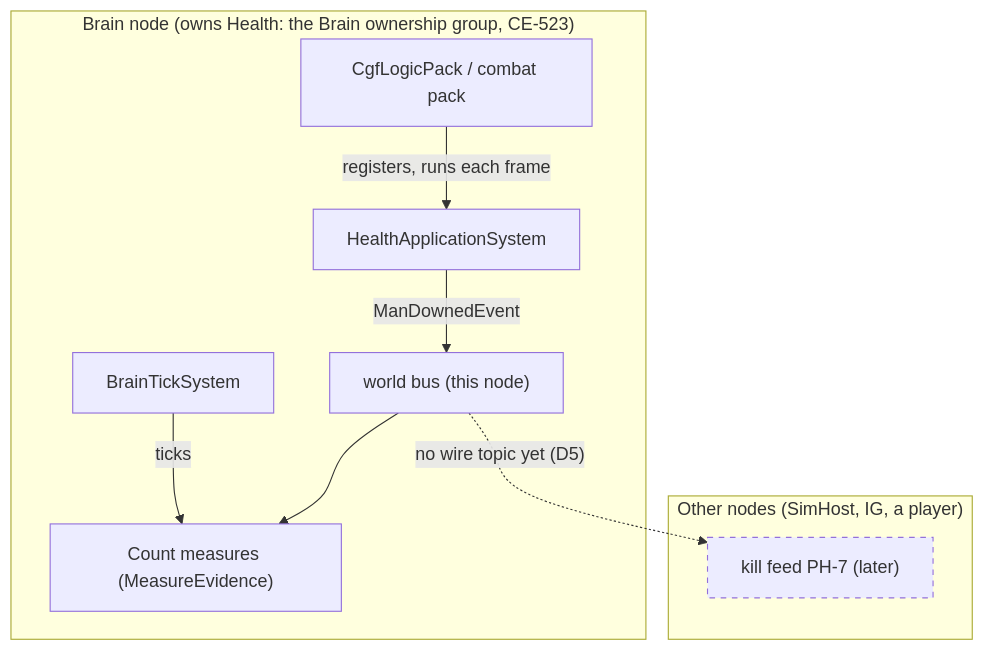
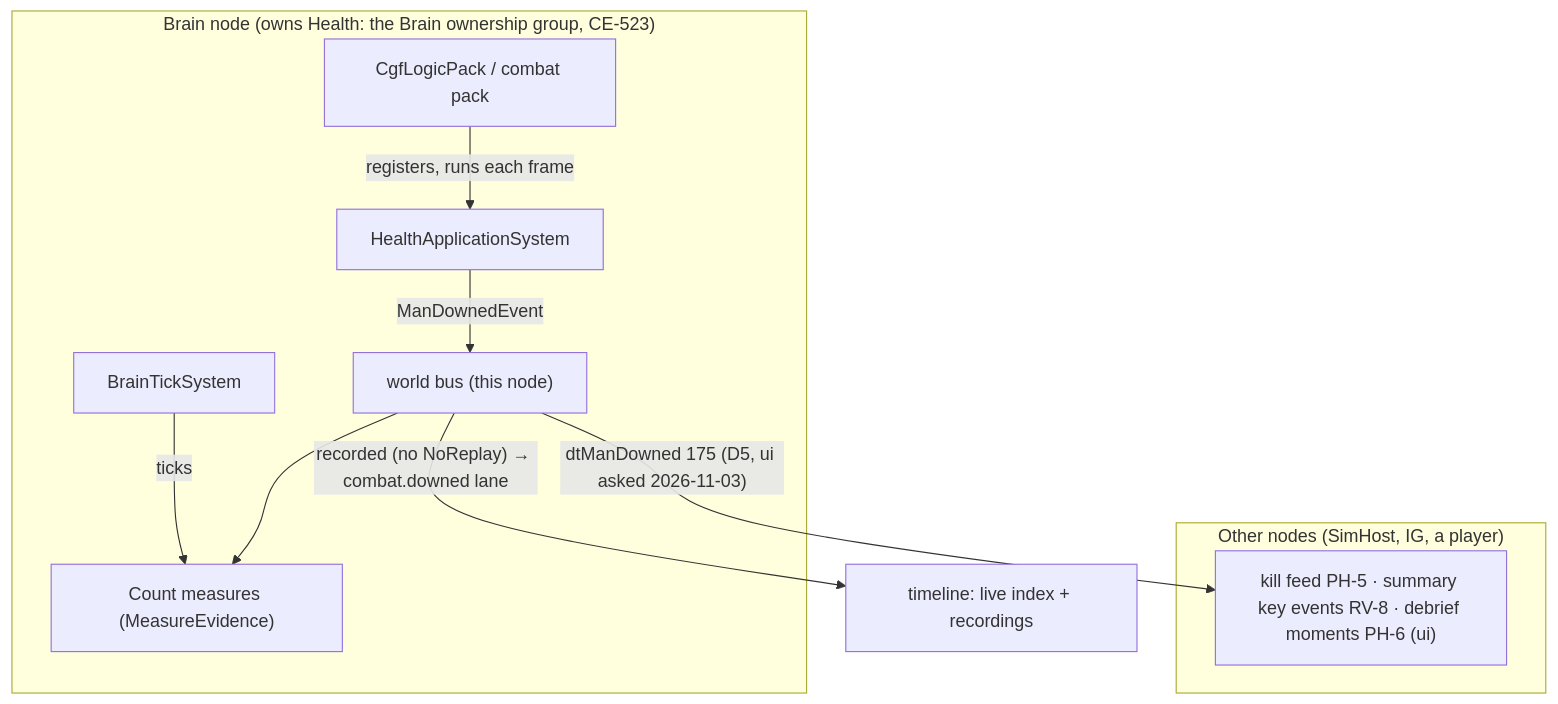
The third of 3 diagrams in docs/DESIGN_Man_Downed_Event.md (pjanec/HROT), drawn with Mermaid before and after one commit. The commit also changed other lines of this file, not shown here.

First line of the commit message:
design Man Downed: D5 revised on ui's ask — wire topic dtManDowned (175) + a combat.downed lane (the event is already recorded)

````diff
--- a/docs/DESIGN_Man_Downed_Event.md
+++ b/docs/DESIGN_Man_Downed_Event.md
@@ -64,14 +64,14 @@
 ```mermaid
 graph TD
     subgraph Brain["Brain node (owns Health: the Brain ownership group, CE-523)"]
       CGF["CgfLogicPack / combat pack"] -->|registers, runs each frame| HAS["HealthApplicationSystem"]
       HAS -->|ManDownedEvent| BUS["world bus (this node)"]
       BT["BrainTickSystem"] -->|ticks| CNT["Count measures (MeasureEvidence)"]
       BUS --> CNT
     end
     subgraph Other["Other nodes (SimHost, IG, a player)"]
-      FEED["kill feed PH-7 (later)"]
+      FEED["kill feed PH-5 · summary key events RV-8 · debrief moments PH-6 (ui)"]
     end
-    BUS -. "no wire topic yet (D5)" .-> FEED
-    style FEED stroke-dasharray: 5 5
+    BUS -->|"dtManDowned 175 (D5, ui asked 2026-11-03)"| FEED
+    BUS -->|"recorded (no NoReplay) → combat.downed lane"| LANE["timeline: live index + recordings"]
 ```
````
